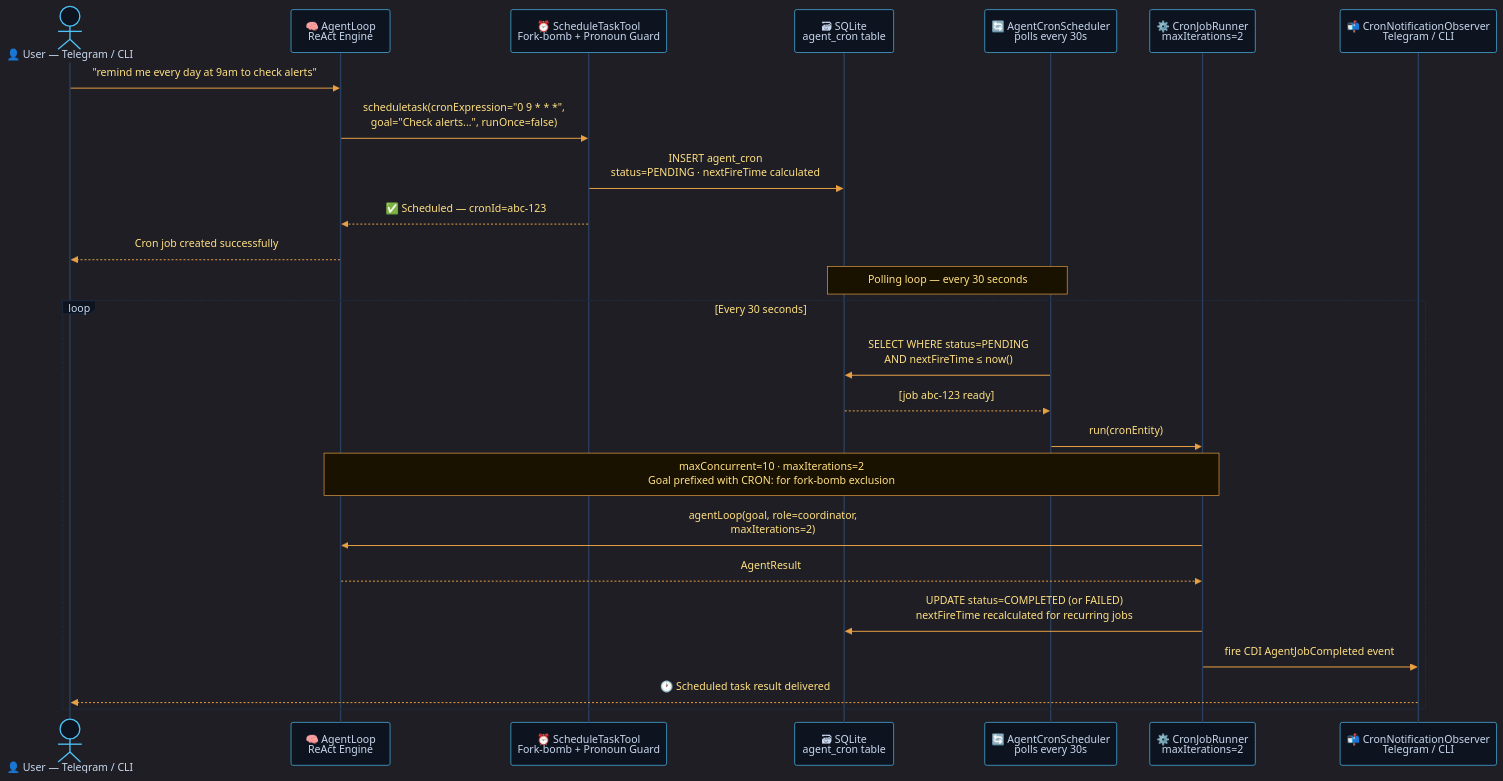
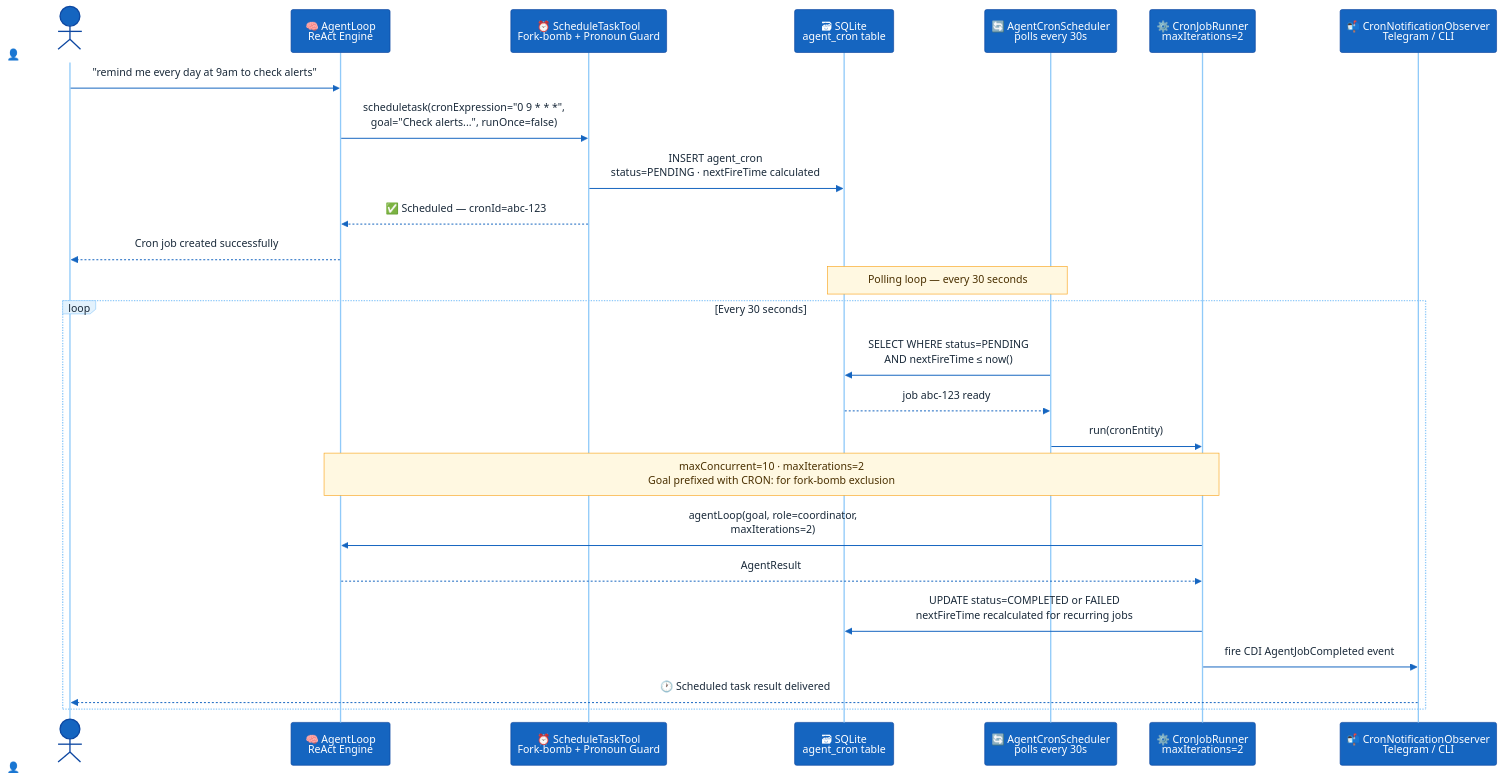
The sixth of 8 diagrams in README.md (rsrini7/AmshaAgent), drawn with Mermaid before and after one commit.

Commit message:
docs: update Mermaid diagram theme from dark to default
Change the Mermaid sequence diagram theme in README.md from a custom dark theme to the default theme with lighter colors. This improves readability and ensures consistent visual presentation across different viewing contexts. The diagram content remains functionally unchanged.

````diff
--- a/README.md
+++ b/README.md
@@ -617,31 +617,31 @@
 ```mermaid
-%%{init: {'theme': 'dark', 'themeVariables': {'primaryColor': '#1e2d45', 'primaryTextColor': '#c9d8ee', 'primaryBorderColor': '#4fc3f7', 'lineColor': '#e8a045', 'activationBorderColor': '#e8a045', 'activationBkgColor': '#1a2a3a', 'actorBkg': '#0d1420', 'actorBorder': '#4fc3f7', 'actorTextColor': '#c9d8ee', 'actorLineColor': '#2a4060', 'signalColor': '#e8a045', 'signalTextColor': '#ffe082', 'labelBoxBkgColor': '#0d1420', 'labelBoxBorderColor': '#1e2d45', 'labelTextColor': '#c9d8ee', 'loopTextColor': '#ffe082', 'noteBkgColor': '#1a1200', 'noteBorderColor': '#e8a045', 'noteTextColor': '#ffe082', 'fontSize': '13px'}}}%%
+%%{init: {'theme': 'default', 'themeVariables': {'primaryColor': '#e8f4fd', 'primaryTextColor': '#1a2a3a', 'primaryBorderColor': '#2196f3', 'lineColor': '#1565c0', 'activationBorderColor': '#1565c0', 'activationBkgColor': '#bbdefb', 'actorBkg': '#1565c0', 'actorBorder': '#0d47a1', 'actorTextColor': '#ffffff', 'actorLineColor': '#90caf9', 'signalColor': '#1565c0', 'signalTextColor': '#1a2a3a', 'labelBoxBkgColor': '#e3f2fd', 'labelBoxBorderColor': '#90caf9', 'labelTextColor': '#1a2a3a', 'loopTextColor': '#1a2a3a', 'noteBkgColor': '#fff8e1', 'noteBorderColor': '#f9a825', 'noteTextColor': '#4a3000', 'fontSize': '13px'}}}%%
 sequenceDiagram
     actor U as 👤 User — Telegram / CLI
     participant AL as 🧠 AgentLoop<br/>ReAct Engine
     participant ST as ⏰ ScheduleTaskTool<br/>Fork-bomb + Pronoun Guard
     participant DB as 🗃 SQLite<br/>agent_cron table
     participant CS as 🔄 AgentCronScheduler<br/>polls every 30s
     participant CJR as ⚙️ CronJobRunner<br/>maxIterations=2
     participant TN as 📬 CronNotificationObserver<br/>Telegram / CLI
 
     U->>AL: "remind me every day at 9am to check alerts"
     AL->>ST: scheduletask(cronExpression="0 9 * * *",<br/>goal="Check alerts...", runOnce=false)
     ST->>DB: INSERT agent_cron<br/>status=PENDING · nextFireTime calculated
     ST-->>AL: ✅ Scheduled — cronId=abc-123
     AL-->>U: Cron job created successfully
 
     Note over CS,DB: Polling loop — every 30 seconds
 
     loop Every 30 seconds
         CS->>DB: SELECT WHERE status=PENDING<br/>AND nextFireTime ≤ now()
-        DB-->>CS: [job abc-123 ready]
+        DB-->>CS: job abc-123 ready
         CS->>CJR: run(cronEntity)
         Note over CJR,AL: maxConcurrent=10 · maxIterations=2<br/>Goal prefixed with CRON: for fork-bomb exclusion
         CJR->>AL: agentLoop(goal, role=coordinator,<br/>maxIterations=2)
         AL-->>CJR: AgentResult
-        CJR->>DB: UPDATE status=COMPLETED (or FAILED)<br/>nextFireTime recalculated for recurring jobs
+        CJR->>DB: UPDATE status=COMPLETED or FAILED<br/>nextFireTime recalculated for recurring jobs
         CJR->>TN: fire CDI AgentJobCompleted event
         TN-->>U: 🕐 Scheduled task result delivered
     end
 ```
````
